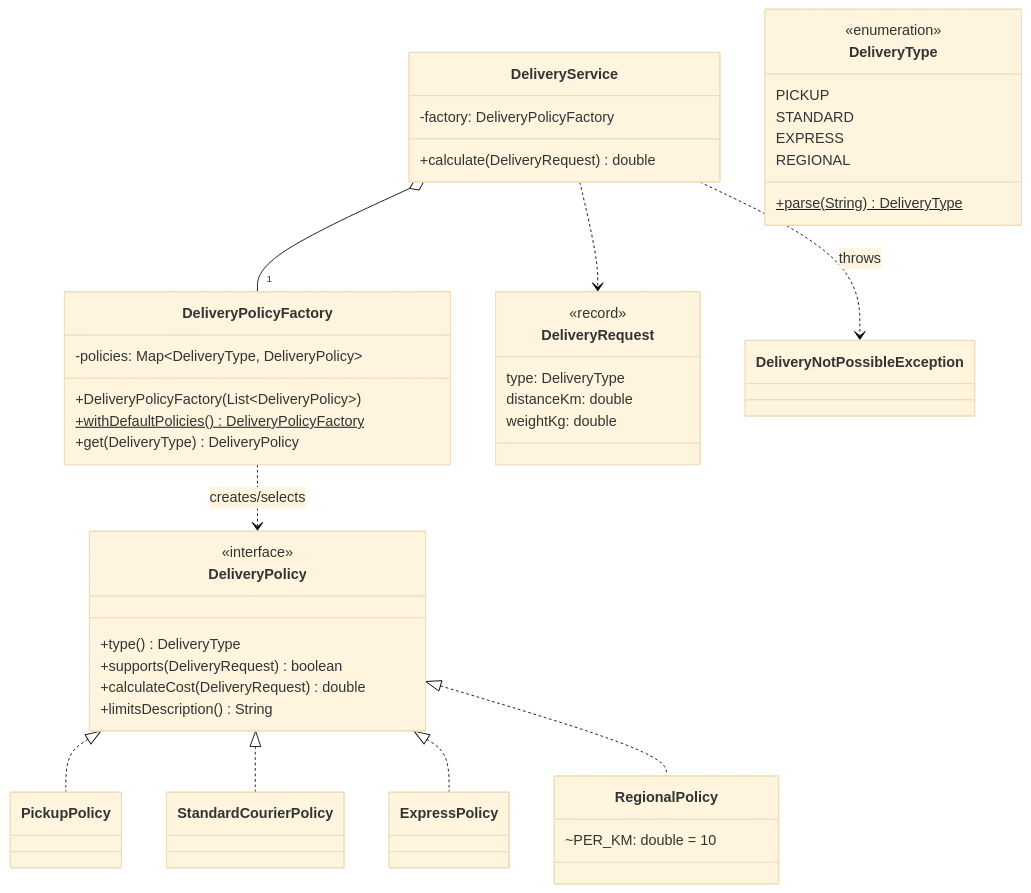
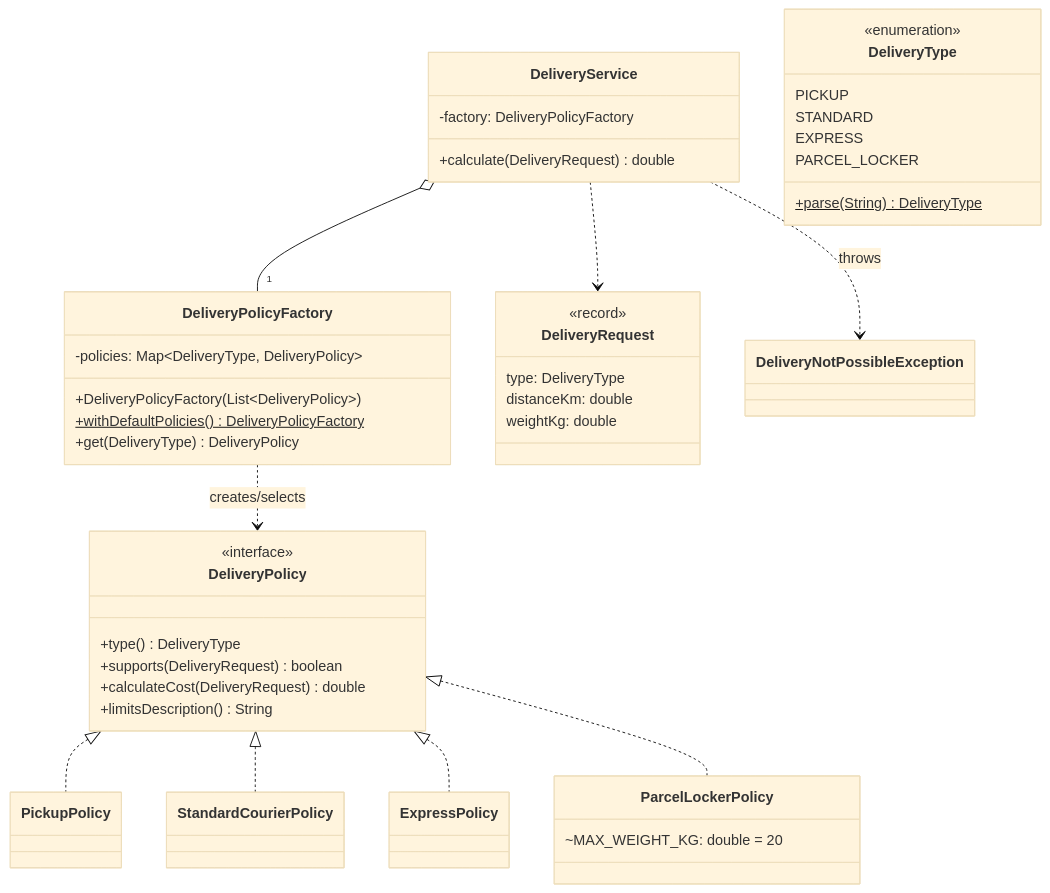
One commit to f1shi/java-practice changed the second of 2 diagrams in pr10/README.md. Above: the diagram before and after it, drawn with Mermaid (base theme). The commit also changed other lines of this file and 68 other files, not shown here.

````diff
--- a/pr10/README.md
+++ b/pr10/README.md
@@ -41,49 +42,49 @@
 ```mermaid
 classDiagram
     class DeliveryPolicy {
         <<interface>>
         +type() DeliveryType
         +supports(DeliveryRequest) boolean
         +calculateCost(DeliveryRequest) double
         +limitsDescription() String
     }
     class PickupPolicy
     class StandardCourierPolicy
     class ExpressPolicy
-    class RegionalPolicy {
-        ~PER_KM: double = 10
+    class ParcelLockerPolicy {
+        ~MAX_WEIGHT_KG: double = 20
     }
     class DeliveryPolicyFactory {
         -policies: Map~DeliveryType, DeliveryPolicy~
         +DeliveryPolicyFactory(List~DeliveryPolicy~)
         +withDefaultPolicies()$ DeliveryPolicyFactory
         +get(DeliveryType) DeliveryPolicy
     }
     class DeliveryService {
         -factory: DeliveryPolicyFactory
         +calculate(DeliveryRequest) double
     }
     class DeliveryRequest {
         <<record>>
         type: DeliveryType
         distanceKm: double
         weightKg: double
     }
     class DeliveryType {
         <<enumeration>>
         PICKUP
         STANDARD
         EXPRESS
-        REGIONAL
+        PARCEL_LOCKER
         +parse(String)$ DeliveryType
     }
     class DeliveryNotPossibleException
     DeliveryPolicy <|.. PickupPolicy
     DeliveryPolicy <|.. StandardCourierPolicy
     DeliveryPolicy <|.. ExpressPolicy
-    DeliveryPolicy <|.. RegionalPolicy
+    DeliveryPolicy <|.. ParcelLockerPolicy
     DeliveryService o-- "1" DeliveryPolicyFactory
     DeliveryPolicyFactory ..> DeliveryPolicy : creates/selects
     DeliveryService ..> DeliveryNotPossibleException : throws
     DeliveryService ..> DeliveryRequest
 ```
````
